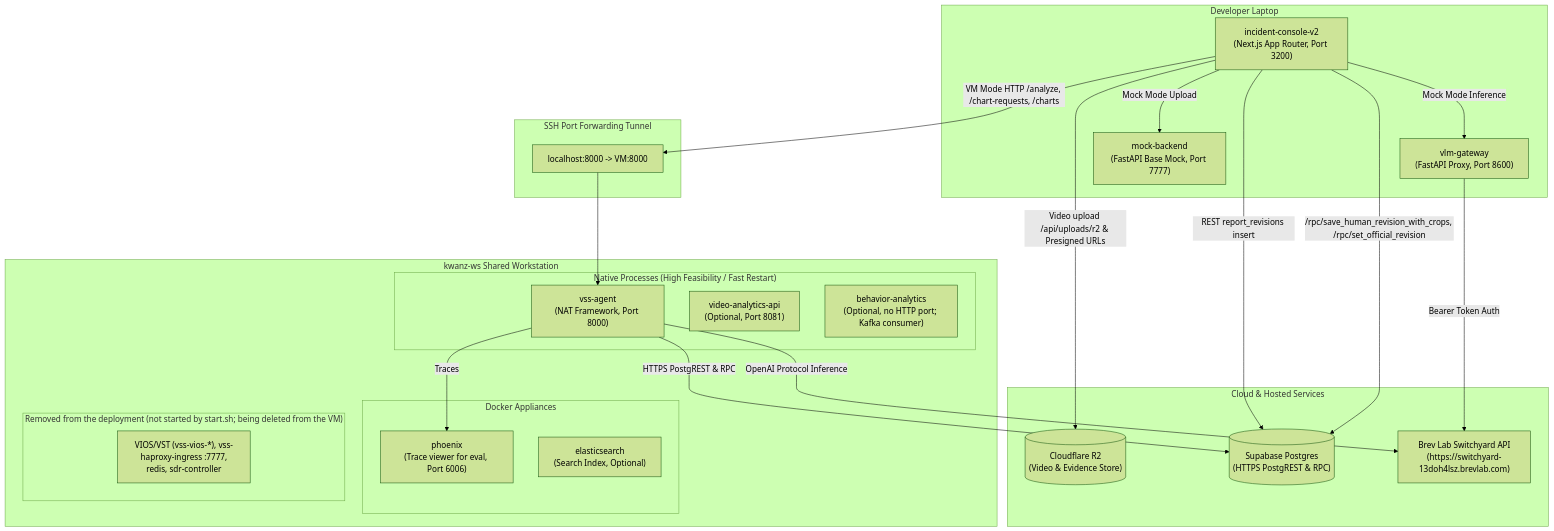
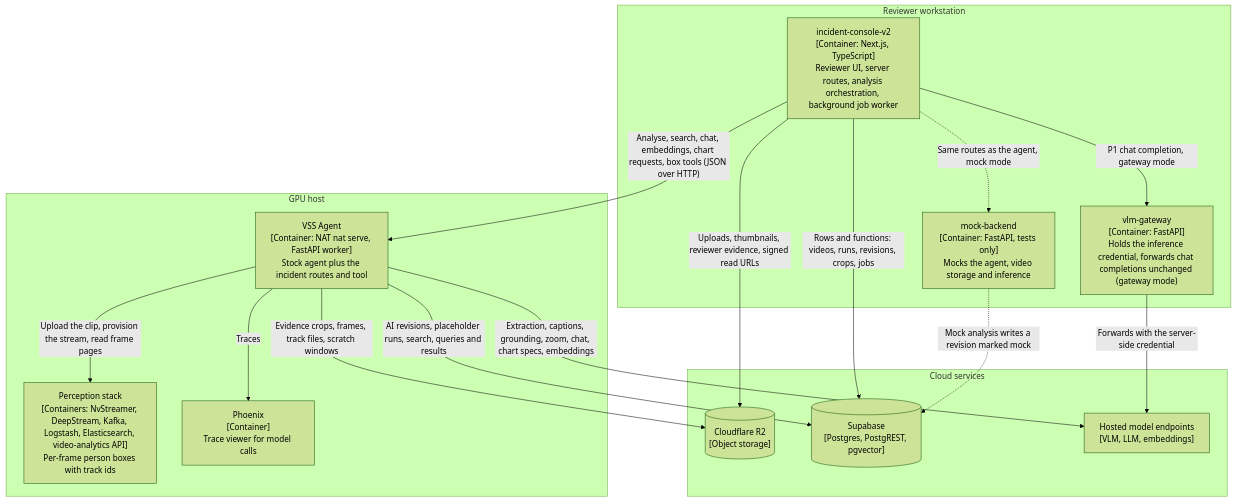
The second of 7 diagrams in deploy/docker/developer-profiles/dev-profile-incident/.docs/architecture.md (NVIDIA-AI-Blueprints/video-search-and-summarization), drawn with Mermaid (forest theme) before and after one commit. The commit also changed other lines of this file and 18 other files, not shown here.

First line of the commit message:
docs(incident): restructure architecture.md on C4 and arc42 views in NVIDIA's style; move console behaviour to console-reference.md

````diff
--- a/deploy/docker/developer-profiles/dev-profile-incident/.docs/architecture.md
+++ b/deploy/docker/developer-profiles/dev-profile-incident/.docs/architecture.md
@@ -21,54 +124,30 @@
 ```mermaid
 flowchart TB
-    subgraph Laptop["Developer Laptop"]
-        UI["incident-console-v2<br/>(Next.js App Router, Port 3200)"]
-        Gateway["vlm-gateway<br/>(FastAPI Proxy, Port 8600)"]
-        Mock["mock-backend<br/>(FastAPI Base Mock, Port 7777)"]
+    subgraph Workstation["Reviewer workstation"]
+        Console["incident-console-v2<br/>[Container: Next.js, TypeScript]<br/>Reviewer UI, server routes, analysis orchestration, background job worker"]
+        Gateway["vlm-gateway<br/>[Container: FastAPI]<br/>Holds the inference credential, forwards chat completions unchanged (gateway mode)"]
+        Mock["mock-backend<br/>[Container: FastAPI, tests only]<br/>Mocks the agent, video storage and inference"]
     end
-
-    subgraph Tunnel["SSH Port Forwarding Tunnel"]
-        FwdAgent["localhost:8000 -> VM:8000"]
+    subgraph Host["GPU host"]
+        Agent["VSS Agent<br/>[Container: NAT nat serve, FastAPI worker]<br/>Stock agent plus the incident routes and tool"]
+        Perception["Perception stack<br/>[Containers: NvStreamer, DeepStream, Kafka, Logstash, Elasticsearch, video-analytics API]<br/>Per-frame person boxes with track ids"]
+        Phoenix["Phoenix<br/>[Container]<br/>Trace viewer for model calls"]
     end
-
-    subgraph VM["kwanz-ws Shared Workstation"]
-        subgraph VMNative["Native Processes (High Feasibility / Fast Restart)"]
-            Agent["vss-agent<br/>(NAT Framework, Port 8000)"]
-            VideoAnalytics["video-analytics-api<br/>(Optional, Port 8081)"]
-            BehaviorAnalytics["behavior-analytics<br/>(Optional, no HTTP port; Kafka consumer)"]
-        end
-
-        subgraph VMDocker["Docker Appliances"]
-            Phoenix["phoenix<br/>(Trace viewer for eval, Port 6006)"]
-            Elasticsearch["elasticsearch<br/>(Search Index, Optional)"]
-        end
-
-        subgraph VMRemoved["Removed from the deployment (not started by start.sh; being deleted from the VM)"]
-            Removed["VIOS/VST (vss-vios-*), vss-haproxy-ingress :7777,<br/>redis, sdr-controller"]
-        end
+    subgraph Cloud["Cloud services"]
+        R2[("Cloudflare R2<br/>[Object storage]")]
+        DB[("Supabase<br/>[Postgres, PostgREST, pgvector]")]
+        Models["Hosted model endpoints<br/>[VLM, LLM, embeddings]"]
     end
-
-    subgraph External["Cloud & Hosted Services"]
-        R2[("Cloudflare R2<br/>(Video & Evidence Store)")]
-        Supabase[("Supabase Postgres<br/>(HTTPS PostgREST & RPC)")]
-        Brev["Brev Lab Switchyard API<br/>(https://switchyard-13doh4lsz.brevlab.com)"]
-    end
-
-    %% Laptop connections
-    UI -->|Mock Mode Inference| Gateway
-    UI -->|Mock Mode Upload| Mock
-    UI -->|VM Mode HTTP /analyze, /chart-requests, /charts| FwdAgent
-    UI -->|Video upload /api/uploads/r2 & Presigned URLs| R2
-    UI -->|REST report_revisions insert| Supabase
-    UI -->|/rpc/save_human_revision_with_crops, /rpc/set_official_revision| Supabase
-
-    %% Gateway Upstream
-    Gateway -->|Bearer Token Auth| Brev
-
-    %% Tunnel Connections
-    FwdAgent --> Agent
-
-    %% VM Internal Routing
-    Agent -->|Traces| Phoenix
-    Agent -->|OpenAI Protocol Inference| Brev
-    Agent -->|HTTPS PostgREST & RPC| Supabase
+    Console -->|"Analyse, search, chat, embeddings, chart requests, box tools (JSON over HTTP)"| Agent
+    Console -->|"P1 chat completion, gateway mode"| Gateway
+    Gateway -->|"Forwards with the server-side credential"| Models
+    Console -->|"Uploads, thumbnails, reviewer evidence, signed read URLs"| R2
+    Console -->|"Rows and functions: videos, runs, revisions, crops, jobs"| DB
+    Agent -->|"Extraction, captions, grounding, zoom, chat, chart specs, embeddings"| Models
+    Agent -->|"Evidence crops, frames, track files, scratch windows"| R2
+    Agent -->|"AI revisions, placeholder runs, search, queries and results"| DB
+    Agent -->|"Upload the clip, provision the stream, read frame pages"| Perception
+    Agent -->|"Traces"| Phoenix
+    Console -.->|"Same routes as the agent, mock mode"| Mock
+    Mock -.->|"Mock analysis writes a revision marked mock"| DB
 ```
````
